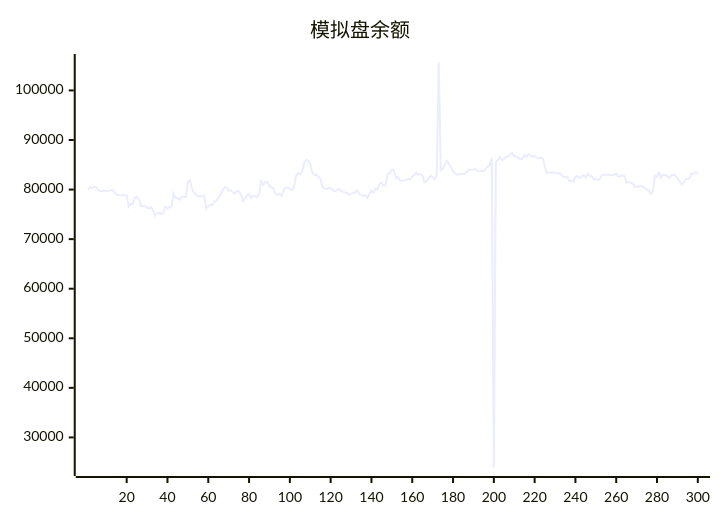
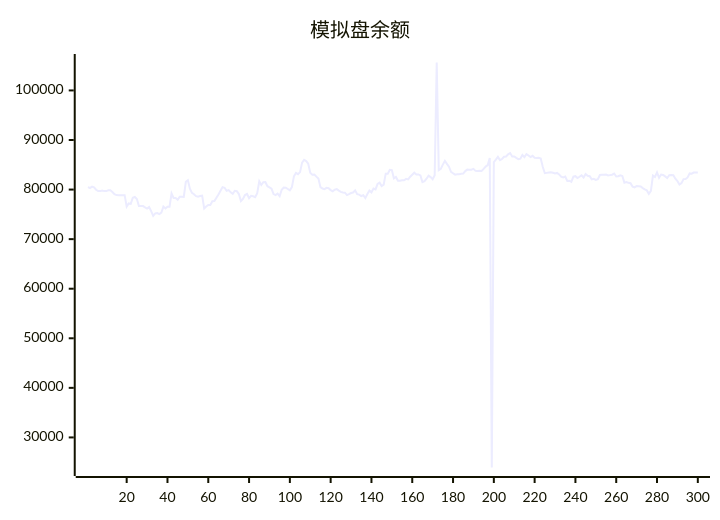
The diagram in README.md (aahl/ai-trading), drawn with Mermaid before and after one commit. The commit also changed other lines of this file and 1 other file, not shown here.

````diff
--- a/README.md
+++ b/README.md
@@ -5,5 +5,5 @@
 ```mermaid
 xychart
     title "模拟盘余额"
-    line [80015,80486,80314,80600,80436,79966,79689,79689,79819,79692,79692,79850,79850,79518,79071,78889,78850,78850,78878,78878,76554,77202,77103,78357,78510,78106,76678,76677,76672,76411,76159,76485,75656,74695,75197,75246,75052,75334,76564,76179,76553,76551,79196,78300,78300,77944,78531,78531,78521,81564,81884,80160,79335,79055,78675,78580,78708,78764,76179,76586,76902,76876,77658,77669,78346,79023,79769,80497,80366,79761,79896,79448,79126,79749,79658,79097,77695,78114,78888,79126,78249,78738,78653,78478,79271,81680,80923,81488,81527,80681,80455,80190,79084,78879,79193,78686,79954,80403,80374,80118,79848,80491,82665,83351,83098,83525,85430,85983,85737,85221,83378,83014,83043,82613,82216,80477,80208,80081,80348,80277,79894,79670,79965,80093,79786,79542,79406,79371,78893,79087,79304,79406,79841,79072,78978,78696,78846,78272,79085,79787,79442,80198,80031,81120,81379,80718,80985,83214,83212,83993,83921,82270,82547,81776,81776,81866,81866,82158,82061,82596,83000,83408,83041,83050,82858,81503,81691,82188,82812,82517,82092,82901,105633,83898,84180,85030,85781,85178,84604,83569,83298,83008,83093,83107,83175,83228,83729,84025,84017,84019,84177,83775,83762,83785,83738,84160,84639,84939,86370,23934,85548,86046,86599,85942,86161,86622,86664,87115,87369,86666,86685,86384,86152,86243,86969,86548,87164,86885,86566,86809,86427,86348,86417,86273,84538,83299,83369,83430,83490,83404,83270,83362,83056,82605,82459,82614,81734,81788,81551,82598,82702,82320,82580,82878,82426,83139,82778,82686,82056,82166,81963,82110,82951,82983,82984,83038,82838,82915,82998,83235,82642,82682,82858,82746,81396,81512,81362,81277,80600,80461,80699,80673,80616,80288,80038,79836,79142,79722,82837,82533,83480,82366,83032,82960,82654,82330,82883,82934,82901,82188,81728,81005,81298,82110,82135,82449,83264,83203,83440,83439]
+    line [80486,80314,80600,80436,79966,79689,79689,79819,79692,79692,79850,79850,79518,79071,78889,78850,78850,78878,78878,76554,77202,77103,78357,78510,78106,76678,76677,76672,76411,76159,76485,75656,74695,75197,75246,75052,75334,76564,76179,76553,76551,79196,78300,78300,77944,78531,78531,78521,81564,81884,80160,79335,79055,78675,78580,78708,78764,76179,76586,76902,76876,77658,77669,78346,79023,79769,80497,80366,79761,79896,79448,79126,79749,79658,79097,77695,78114,78888,79126,78249,78738,78653,78478,79271,81680,80923,81488,81527,80681,80455,80190,79084,78879,79193,78686,79954,80403,80374,80118,79848,80491,82665,83351,83098,83525,85430,85983,85737,85221,83378,83014,83043,82613,82216,80477,80208,80081,80348,80277,79894,79670,79965,80093,79786,79542,79406,79371,78893,79087,79304,79406,79841,79072,78978,78696,78846,78272,79085,79787,79442,80198,80031,81120,81379,80718,80985,83214,83212,83993,83921,82270,82547,81776,81776,81866,81866,82158,82061,82596,83000,83408,83041,83050,82858,81503,81691,82188,82812,82517,82092,82901,105633,83898,84180,85030,85781,85178,84604,83569,83298,83008,83093,83107,83175,83228,83729,84025,84017,84019,84177,83775,83762,83785,83738,84160,84639,84939,86370,23934,85548,86046,86599,85942,86161,86622,86664,87115,87369,86666,86685,86384,86152,86243,86969,86548,87164,86885,86566,86809,86427,86348,86417,86273,84538,83299,83369,83430,83490,83404,83270,83362,83056,82605,82459,82614,81734,81788,81551,82598,82702,82320,82580,82878,82426,83139,82778,82686,82056,82166,81963,82110,82951,82983,82984,83038,82838,82915,82998,83235,82642,82682,82858,82746,81396,81512,81362,81277,80600,80461,80699,80673,80616,80288,80038,79836,79142,79722,82837,82533,83480,82366,83032,82960,82654,82330,82883,82934,82901,82188,81728,81005,81298,82110,82135,82449,83264,83203,83440,83439,83440]
 ```
````
